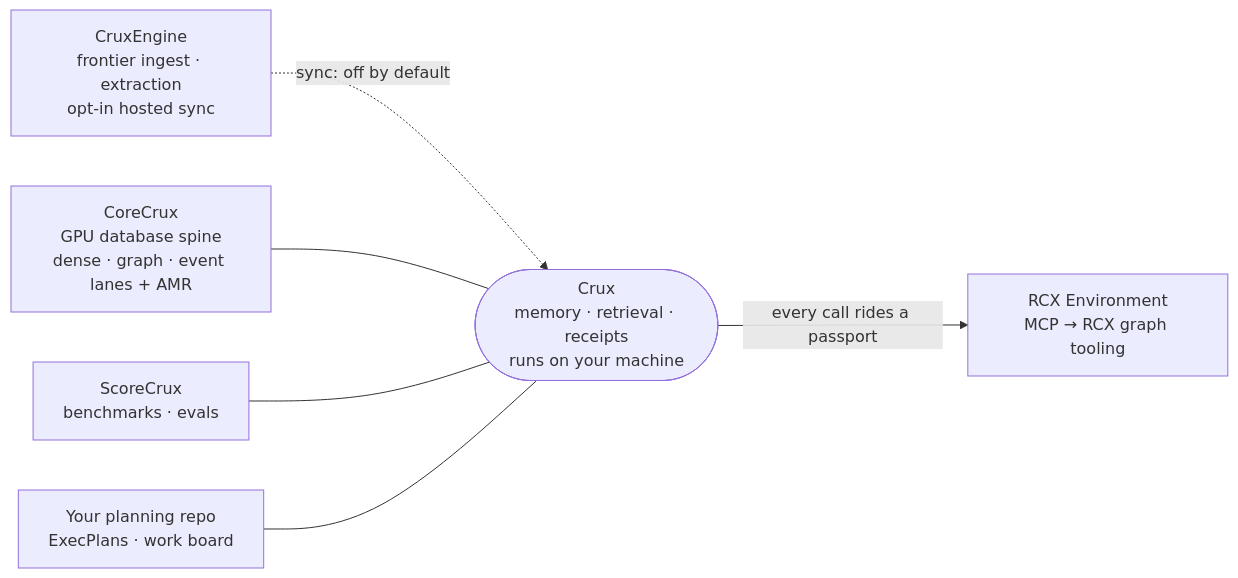
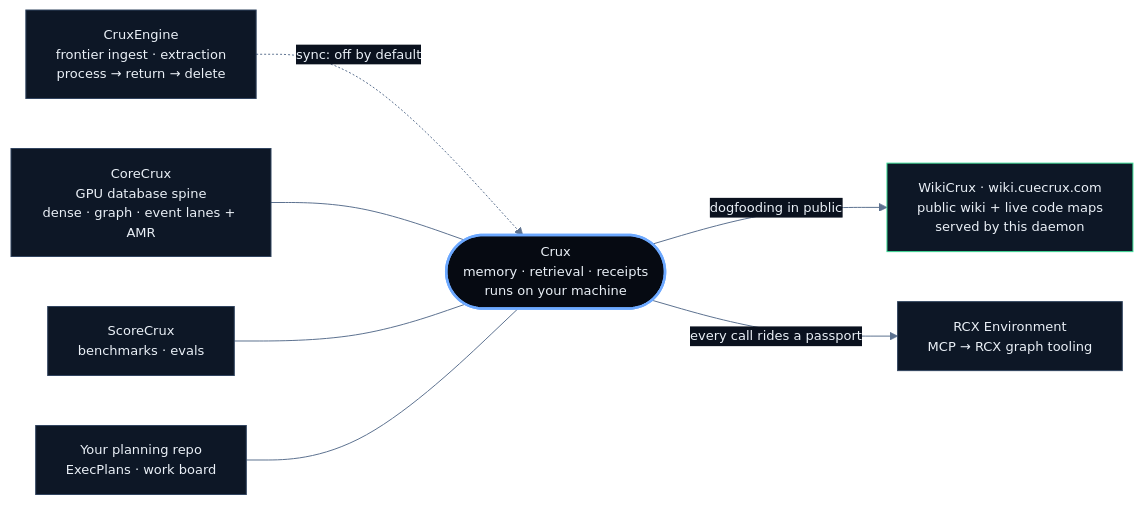
The second of 2 diagrams in README.md (CueCrux/Crux), drawn with Mermaid before and after one commit. The commit also changed other lines of this file and 1 other file, not shown here.

First line of the commit message:
docs(readme): review + Glass-theme the How-it-works and platform workflows

````diff
--- a/README.md
+++ b/README.md
@@ -313,15 +342,26 @@
 ```mermaid
+%%{init: {"theme":"base","themeVariables":{"fontFamily":"ui-monospace,SFMono-Regular,Menlo,Consolas,monospace","fontSize":"13px","primaryColor":"#0D1726","primaryTextColor":"#EAF0F7","primaryBorderColor":"#31445F","lineColor":"#5D7290","edgeLabelBackground":"#0A111E","tertiaryTextColor":"#93A4B8"}}}%%
 flowchart LR
-    engine["CruxEngine<br/>frontier ingest · extraction<br/>opt-in hosted sync"]
+    engine["CruxEngine<br/>frontier ingest · extraction<br/>process → return → delete"]
     core["CoreCrux<br/>GPU database spine<br/>dense · graph · event lanes + AMR"]
     score["ScoreCrux<br/>benchmarks · evals"]
+    wiki["WikiCrux · wiki.cuecrux.com<br/>public wiki + live code maps<br/>served by this daemon"]
     rcx["RCX Environment<br/>MCP → RCX graph tooling"]
     plan["Your planning repo<br/>ExecPlans · work board"]
     crux(["Crux<br/>memory · retrieval · receipts<br/>runs on your machine"])
 
     engine -. "sync: off by default" .-> crux
     core --- crux
     score --- crux
+    crux -- "dogfooding in public" --> wiki
     crux -- "every call rides a passport" --> rcx
     plan --- crux
+
+    classDef glass fill:#0D1726,stroke:#31445F,color:#EAF0F7
+    classDef hub fill:#060A12,stroke:#6CA8FF,color:#EAF0F7,stroke-width:2.5px
+    classDef live fill:#0D1726,stroke:#3DDC97,color:#EAF0F7
+
+    class engine,core,score,rcx,plan glass
+    class wiki live
+    class crux hub
 ```
````
